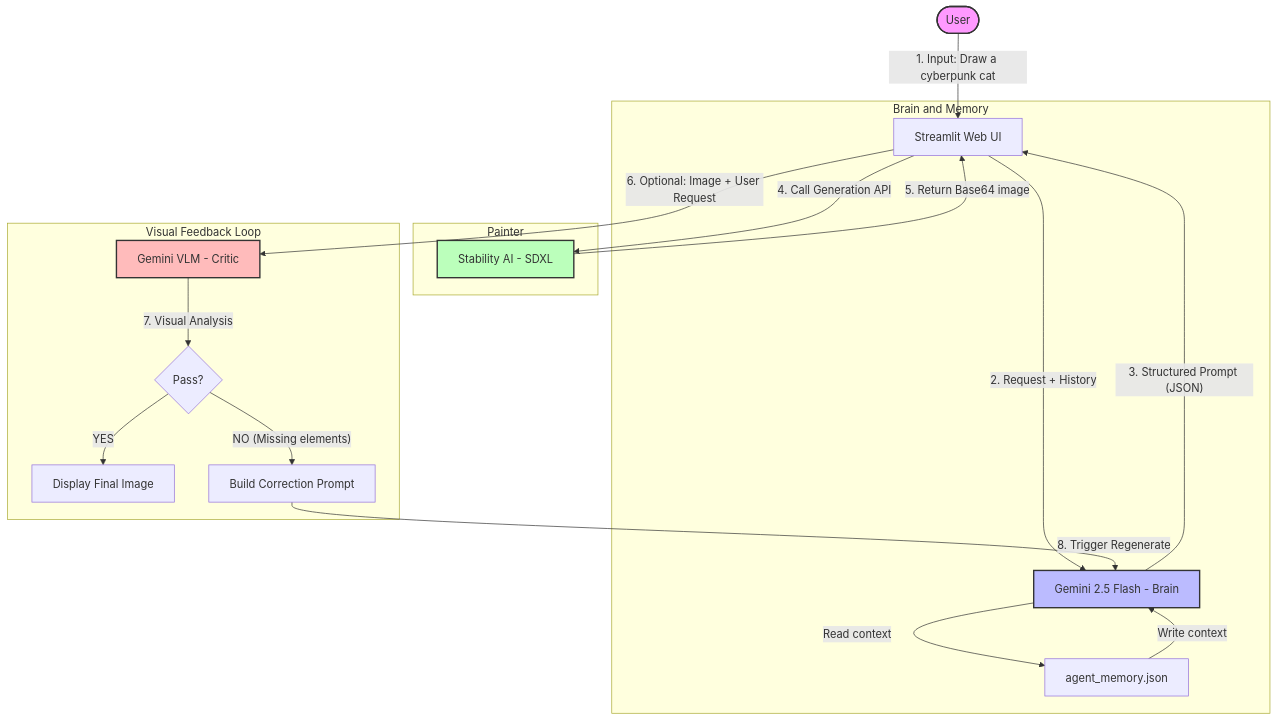
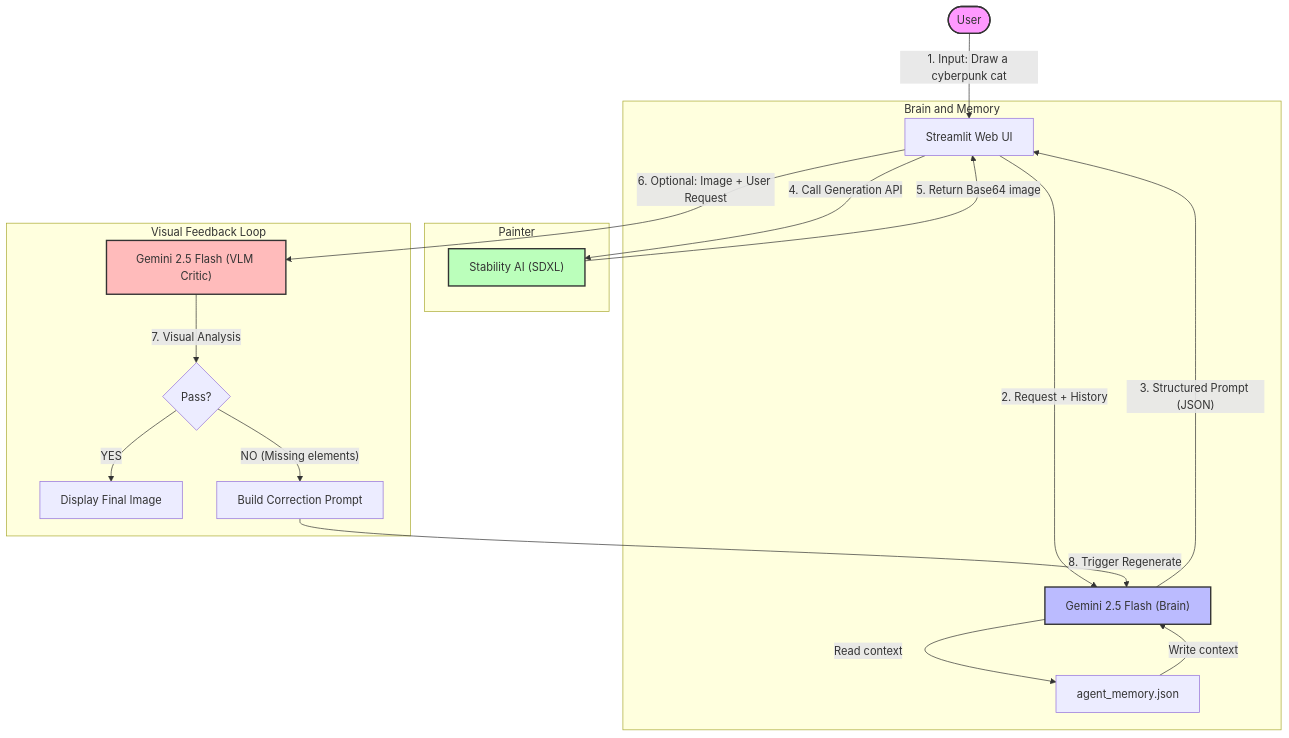
One commit to Rhongomyniadz/multimodal-text-to-image-generation-agent changed the diagram in README.md. Above: the diagram before and after it, drawn with Mermaid.

````diff
--- a/README.md
+++ b/README.md
@@ -11,29 +11,29 @@
 ```mermaid
 flowchart TD
   user(["User"]) -->|"1. Input: Draw a cyberpunk cat"| ui["Streamlit Web UI"]
 
   subgraph brainmem["Brain and Memory"]
-    ui -->|"2. Request + History"| brain["Gemini 2.5 Flash - Brain"]
+    ui -->|"2. Request + History"| brain["Gemini 2.5 Flash (Brain)"]
     brain -->|"Read context"| mem["agent_memory.json"]
     mem -->|"Write context"| brain
     brain -->|"3. Structured Prompt (JSON)"| ui
   end
 
   subgraph painter["Painter"]
-    ui -->|"4. Call Generation API"| sdxl["Stability AI - SDXL"]
+    ui -->|"4. Call Generation API"| sdxl["Stability AI (SDXL)"]
     sdxl -->|"5. Return Base64 image"| ui
   end
 
   subgraph feedback["Visual Feedback Loop"]
-    ui -->|"6. Optional: Image + User Request"| vlm["Gemini VLM - Critic"]
+    ui -->|"6. Optional: Image + User Request"| vlm["Gemini 2.5 Flash (VLM Critic)"]
     vlm -->|"7. Visual Analysis"| check{"Pass?"}
     check -->|"YES"| display["Display Final Image"]
     check -->|"NO (Missing elements)"| autofix["Build Correction Prompt"]
     autofix -->|"8. Trigger Regenerate"| brain
   end
 
   style user fill:#f9f,stroke:#333,stroke-width:2px
   style brain fill:#bbf,stroke:#333,stroke-width:2px
   style sdxl fill:#bfb,stroke:#333,stroke-width:2px
   style vlm fill:#fbb,stroke:#333,stroke-width:2px
 ```
````
